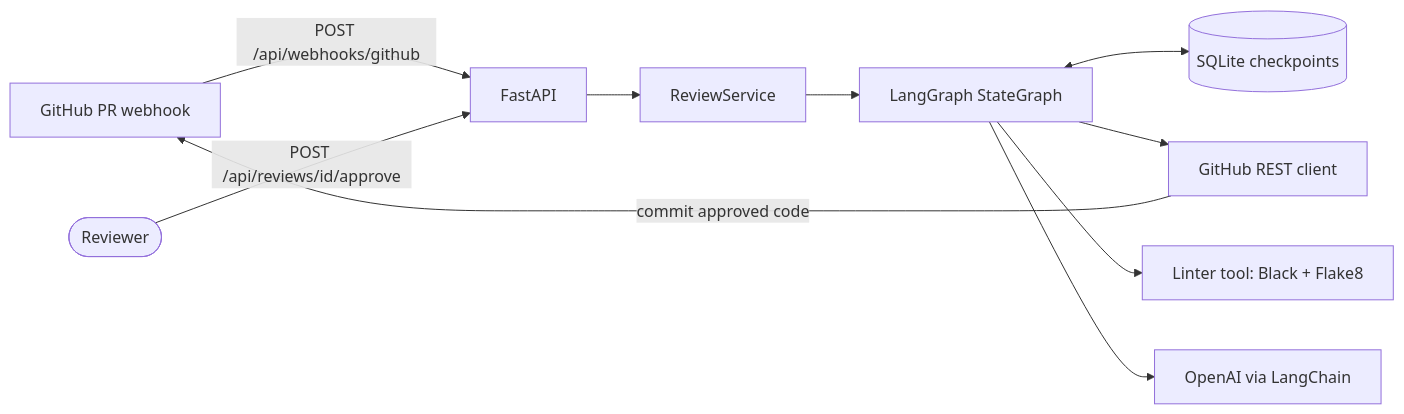
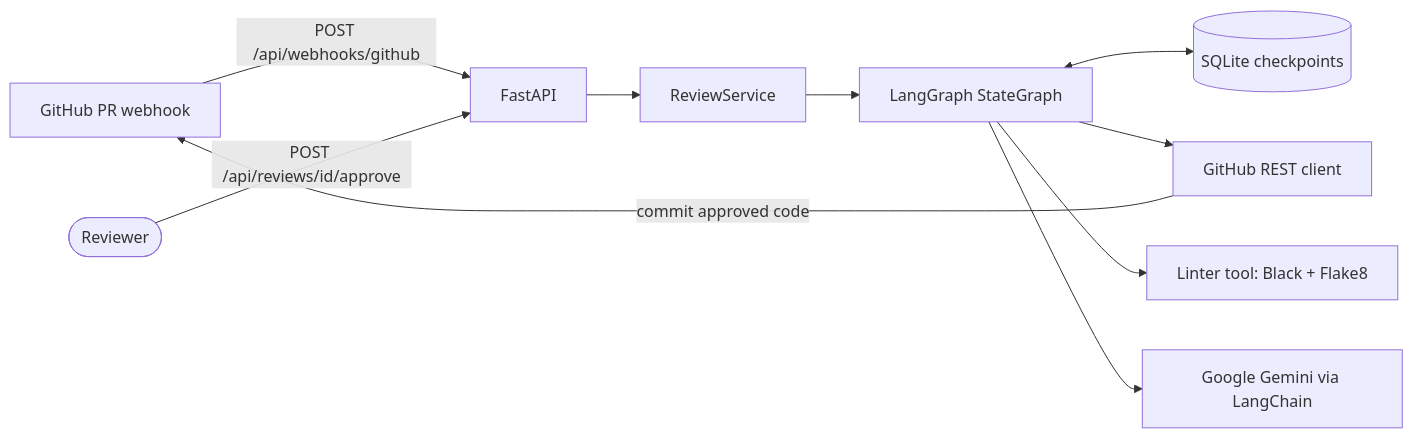
One commit to vibhashverma/code-review-refactoring-agent changed the first of 3 diagrams in README.md. Above: the diagram before and after it, drawn with Mermaid. The commit also changed other lines of this file and 6 other files, not shown here.

Commit message:
Switch LLM provider from OpenAI to Google Gemini

````diff
--- a/README.md
+++ b/README.md
@@ -30,12 +30,12 @@
 ```mermaid
 flowchart LR
     GH[GitHub PR webhook] -->|POST /api/webhooks/github| API[FastAPI]
     API --> SVC[ReviewService]
     SVC --> G[LangGraph StateGraph]
     G <--> DB[(SQLite checkpoints)]
     G --> GHC[GitHub REST client]
     G --> LINT[Linter tool: Black + Flake8]
-    G --> LLM[OpenAI via LangChain]
+    G --> LLM[Google Gemini via LangChain]
     Human([Reviewer]) -->|POST /api/reviews/id/approve| API
     GHC -->|commit approved code| GH
 ```
````
